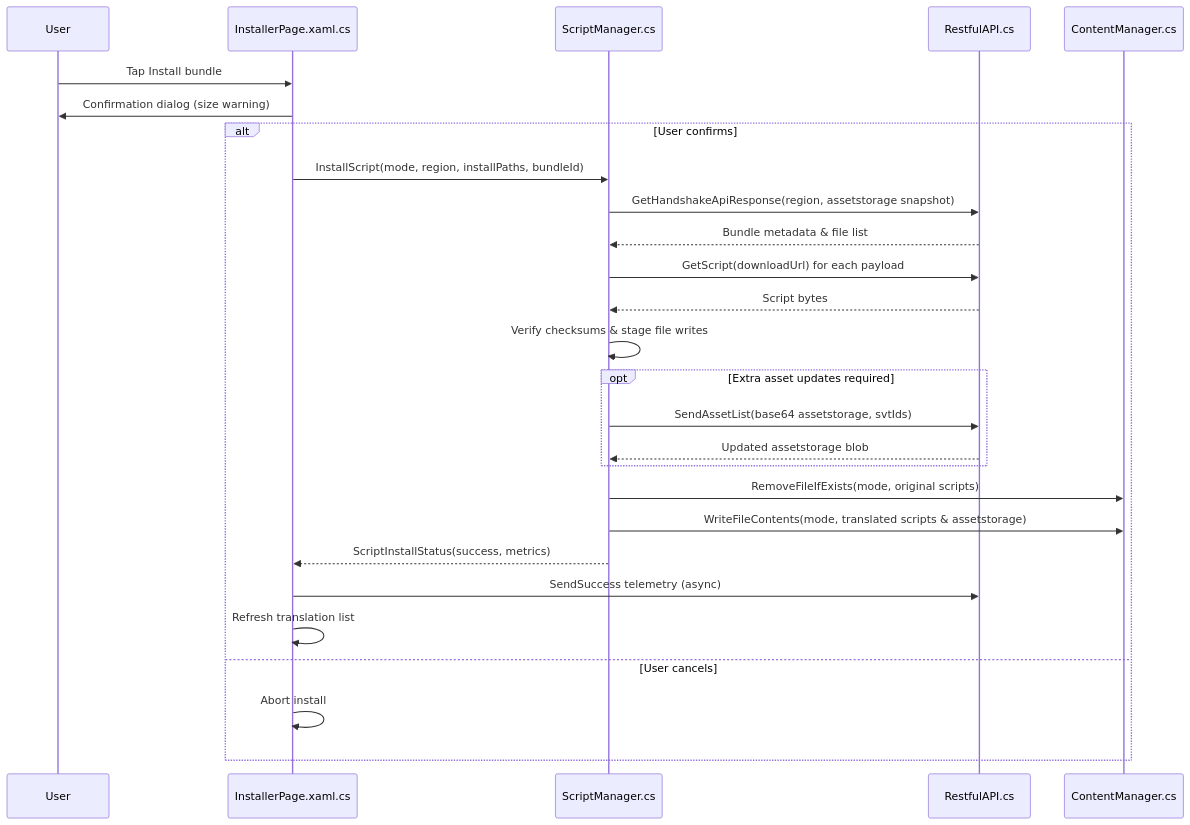
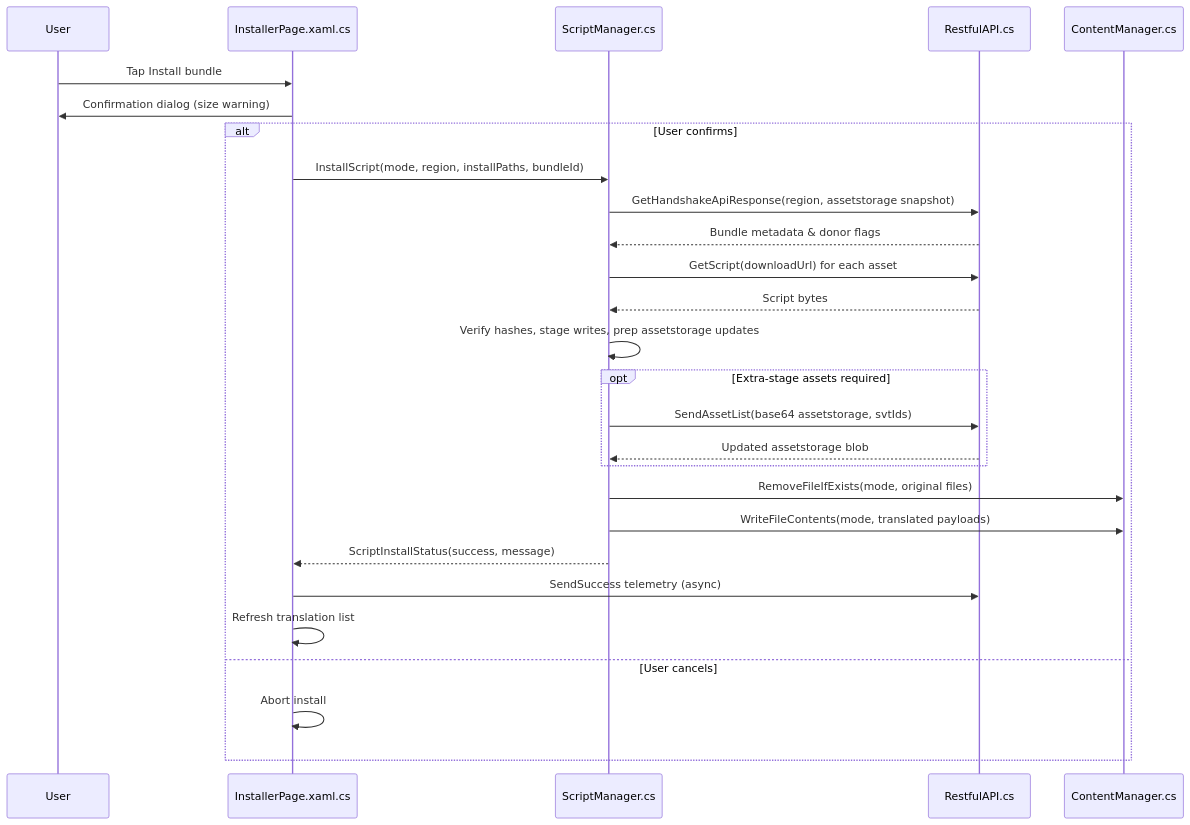
Before and after one commit to DqkrLord0Xerod/translatefgo: the second of 4 diagrams in analysis/mechanics.md, drawn with Mermaid. The commit also changed other lines of this file, not shown here.

````diff
--- a/analysis/mechanics.md
+++ b/analysis/mechanics.md
@@ -66,29 +57,29 @@
 ```mermaid
 sequenceDiagram
     participant User
     participant UI as InstallerPage.xaml.cs
     participant SM as ScriptManager.cs
     participant REST as RestfulAPI.cs
     participant CM as ContentManager.cs
     User->>UI: Tap Install bundle
     UI->>User: Confirmation dialog (size warning)
     alt User confirms
         UI->>SM: InstallScript(mode, region, installPaths, bundleId)
         SM->>REST: GetHandshakeApiResponse(region, assetstorage snapshot)
-        REST-->>SM: Bundle metadata & file list
-        SM->>REST: GetScript(downloadUrl) for each payload
+        REST-->>SM: Bundle metadata & donor flags
+        SM->>REST: GetScript(downloadUrl) for each asset
         REST-->>SM: Script bytes
-        SM->>SM: Verify checksums & stage file writes
-        opt Extra asset updates required
+        SM->>SM: Verify hashes, stage writes, prep assetstorage updates
+        opt Extra-stage assets required
             SM->>REST: SendAssetList(base64 assetstorage, svtIds)
             REST-->>SM: Updated assetstorage blob
         end
-        SM->>CM: RemoveFileIfExists(mode, original scripts)
-        SM->>CM: WriteFileContents(mode, translated scripts & assetstorage)
-        SM-->>UI: ScriptInstallStatus(success, metrics)
+        SM->>CM: RemoveFileIfExists(mode, original files)
+        SM->>CM: WriteFileContents(mode, translated payloads)
+        SM-->>UI: ScriptInstallStatus(success, message)
         UI->>REST: SendSuccess telemetry (async)
         UI->>UI: Refresh translation list
     else User cancels
         UI->>UI: Abort install
     end
 ```
````
